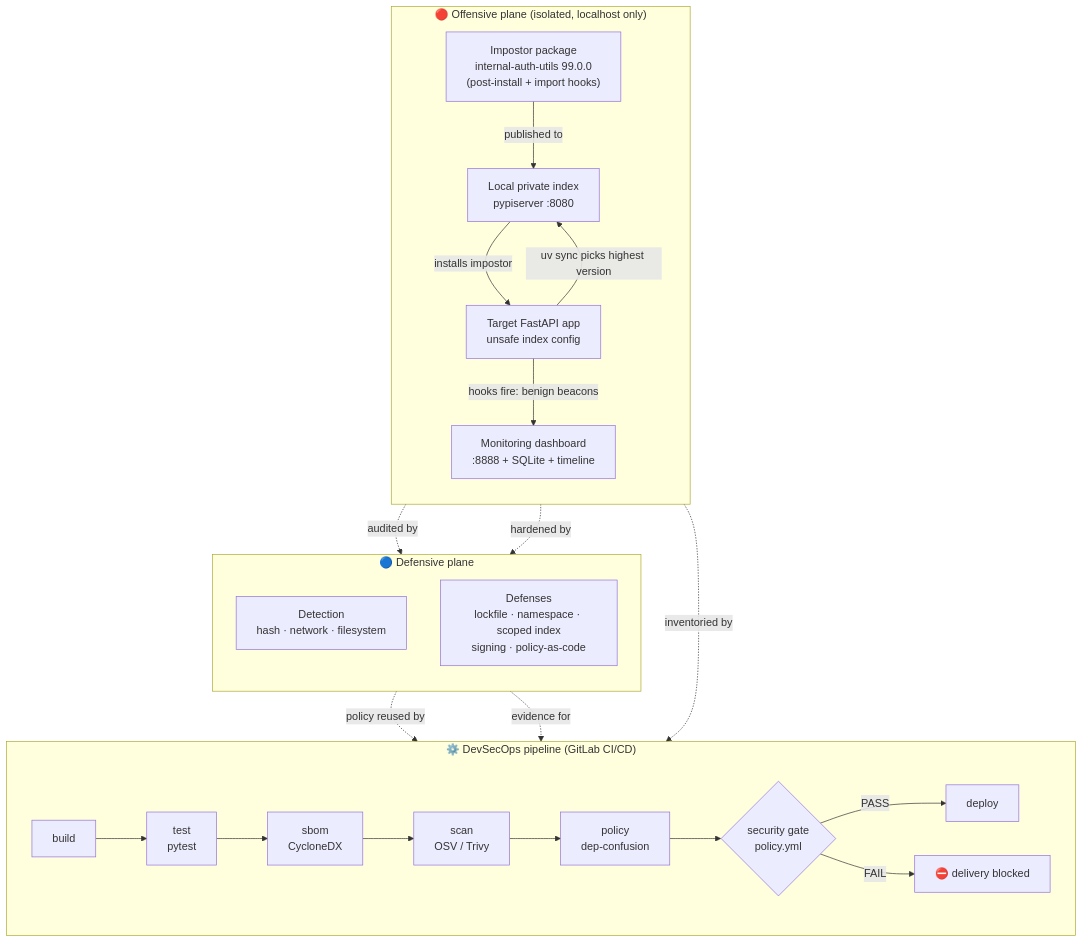
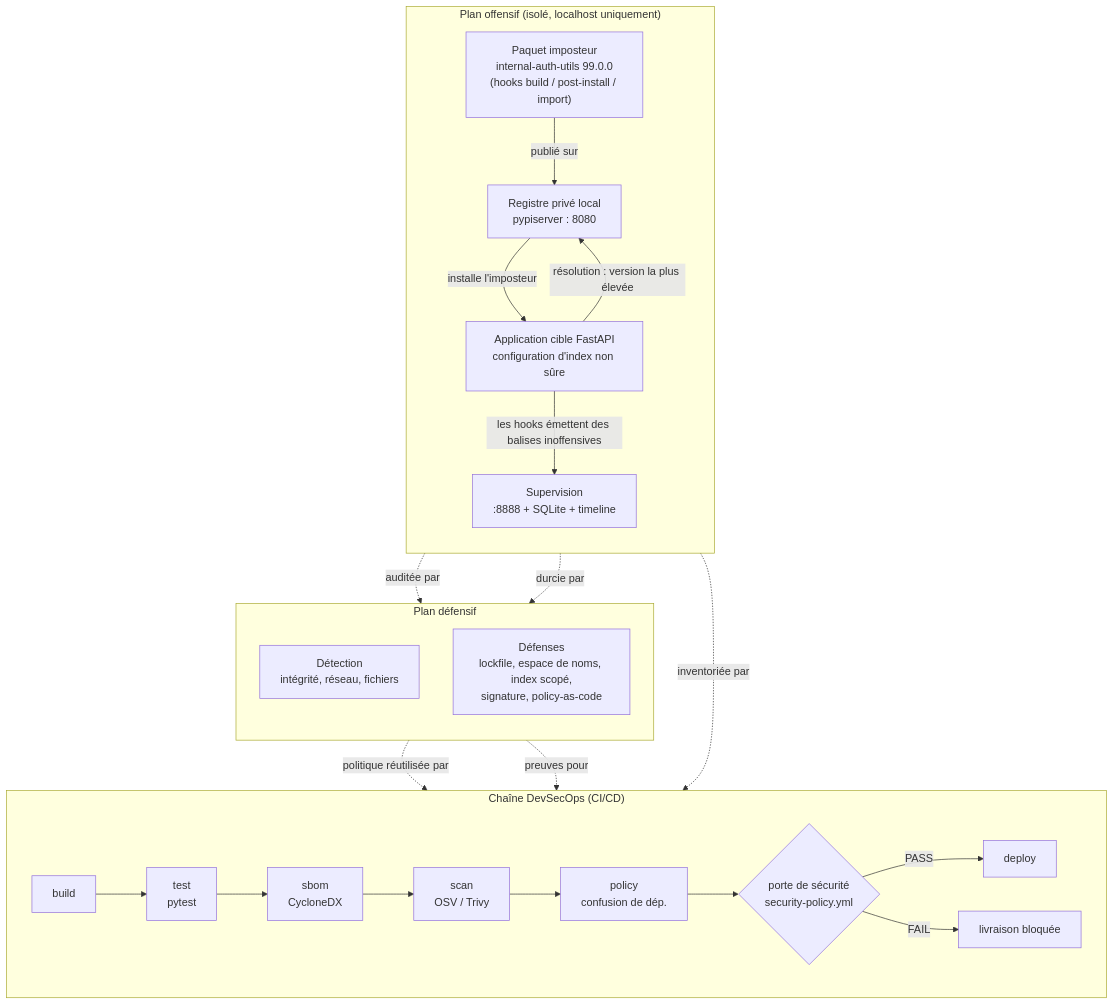
Before and after one commit to nassim7792/Nass_software-supply-chain-security-lab: the first of 3 diagrams in docs/ARCHITECTURE.md, drawn with Mermaid. The commit also changed other lines of this file and 4 other files, not shown here.

````diff
--- a/docs/ARCHITECTURE.md
+++ b/docs/ARCHITECTURE.md
@@ -9,36 +10,36 @@
 ```mermaid
 flowchart TB
-    subgraph OFFENSE["🔴 Offensive plane (isolated, localhost only)"]
+    subgraph OFF["Plan offensif (isolé, localhost uniquement)"]
         direction TB
-        REG["Local private index<br/>pypiserver :8080"]
-        IMP["Impostor package<br/>internal-auth-utils 99.0.0<br/>(post-install + import hooks)"]
-        APP["Target FastAPI app<br/>unsafe index config"]
-        MON["Monitoring dashboard<br/>:8888 + SQLite + timeline"]
-        IMP -->|published to| REG
-        APP -->|uv sync picks highest version| REG
-        REG -->|installs impostor| APP
-        APP -->|hooks fire: benign beacons| MON
+        REG["Registre privé local<br/>pypiserver : 8080"]
+        IMP["Paquet imposteur<br/>internal-auth-utils 99.0.0<br/>(hooks build / post-install / import)"]
+        APP["Application cible FastAPI<br/>configuration d'index non sûre"]
+        MON["Supervision<br/>:8888 + SQLite + timeline"]
+        IMP -->|publié sur| REG
+        APP -->|résolution : version la plus élevée| REG
+        REG -->|installe l'imposteur| APP
+        APP -->|les hooks émettent des balises inoffensives| MON
     end
 
-    subgraph DEFENSE["🔵 Defensive plane"]
+    subgraph DEF["Plan défensif"]
         direction TB
-        DET["Detection<br/>hash · network · filesystem"]
-        DEF["Defenses<br/>lockfile · namespace · scoped index<br/>signing · policy-as-code"]
+        DET["Détection<br/>intégrité, réseau, fichiers"]
+        DEFS["Défenses<br/>lockfile, espace de noms, index scopé,<br/>signature, policy-as-code"]
     end
 
-    subgraph DEVSECOPS["⚙️ DevSecOps pipeline (GitLab CI/CD)"]
+    subgraph OPS["Chaîne DevSecOps (CI/CD)"]
         direction LR
         B["build"] --> T["test<br/>pytest"] --> S["sbom<br/>CycloneDX"]
         S --> C["scan<br/>OSV / Trivy"]
-        C --> P["policy<br/>dep-confusion"]
-        P --> G{"security gate<br/>policy.yml"}
+        C --> P["policy<br/>confusion de dép."]
+        P --> G{"porte de sécurité<br/>security-policy.yml"}
         G -->|PASS| D["deploy"]
-        G -->|FAIL| X["⛔ delivery blocked"]
+        G -->|FAIL| X["livraison bloquée"]
     end
 
-    APP -.audited by.-> DET
-    APP -.hardened by.-> DEF
-    APP -.inventoried by.-> S
-    DEF -.policy reused by.-> P
-    DET -.evidence for.-> G
+    APP -.auditée par.-> DET
+    APP -.durcie par.-> DEFS
+    APP -.inventoriée par.-> S
+    DEFS -.politique réutilisée par.-> P
+    DET -.preuves pour.-> G
 ```
````
